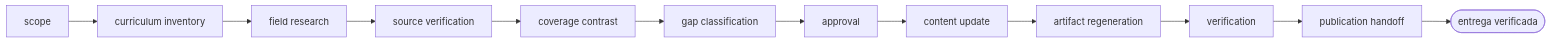
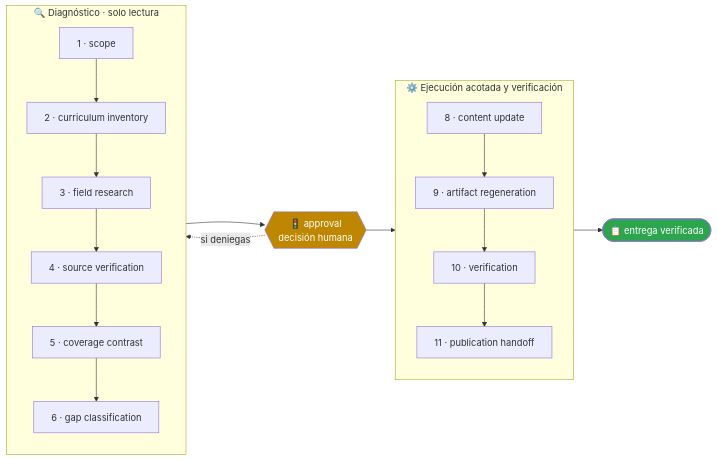
One commit to vladimiracunadev-create/operational-ai-agents changed the second of 2 diagrams in agents/curriculum-evolution-agent/README.md. Above: the diagram before and after it, drawn with Mermaid. The commit also changed other lines of this file and 60 other files, not shown here.

````diff
--- a/agents/curriculum-evolution-agent/README.md
+++ b/agents/curriculum-evolution-agent/README.md
@@ -72,25 +125,32 @@
 ```mermaid
 flowchart LR
-    p1["scope"]
-    p2["curriculum inventory"]
-    p3["field research"]
-    p4["source verification"]
-    p5["coverage contrast"]
-    p6["gap classification"]
-    p7["approval"]
-    p8["content update"]
-    p9["artifact regeneration"]
-    p10["verification"]
-    p11["publication handoff"]
-    p1 --> p2
-    p2 --> p3
-    p3 --> p4
-    p4 --> p5
-    p5 --> p6
-    p6 --> p7
-    p7 --> p8
-    p8 --> p9
-    p9 --> p10
-    p10 --> p11
-    p11 --> done(["entrega verificada"])
+    subgraph A["🔍 Diagnóstico · solo lectura"]
+        direction TB
+        p1["1 · scope"]
+        p2["2 · curriculum inventory"]
+        p3["3 · field research"]
+        p4["4 · source verification"]
+        p5["5 · coverage contrast"]
+        p6["6 · gap classification"]
+        p1 --> p2
+        p2 --> p3
+        p3 --> p4
+        p4 --> p5
+        p5 --> p6
+    end
+    G{{"🚦 approval<br/>decisión humana"}}
+    subgraph B["⚙️ Ejecución acotada y verificación"]
+        direction TB
+        p8["8 · content update"]
+        p9["9 · artifact regeneration"]
+        p10["10 · verification"]
+        p11["11 · publication handoff"]
+        p8 --> p9
+        p9 --> p10
+        p10 --> p11
+    end
+    A --> G --> B --> FIN(["📋 entrega verificada"])
+    G -.->|"si deniegas"| A
+    style G fill:#bf8700,color:#fff
+    style FIN fill:#2da44e,color:#fff
 ```
````
